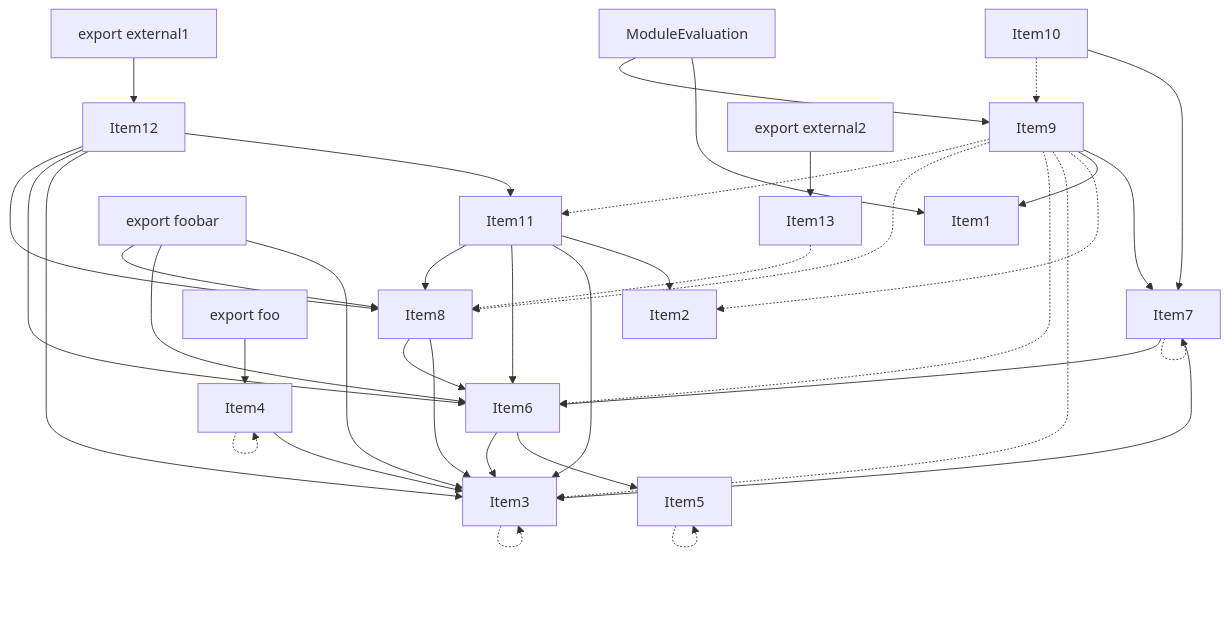
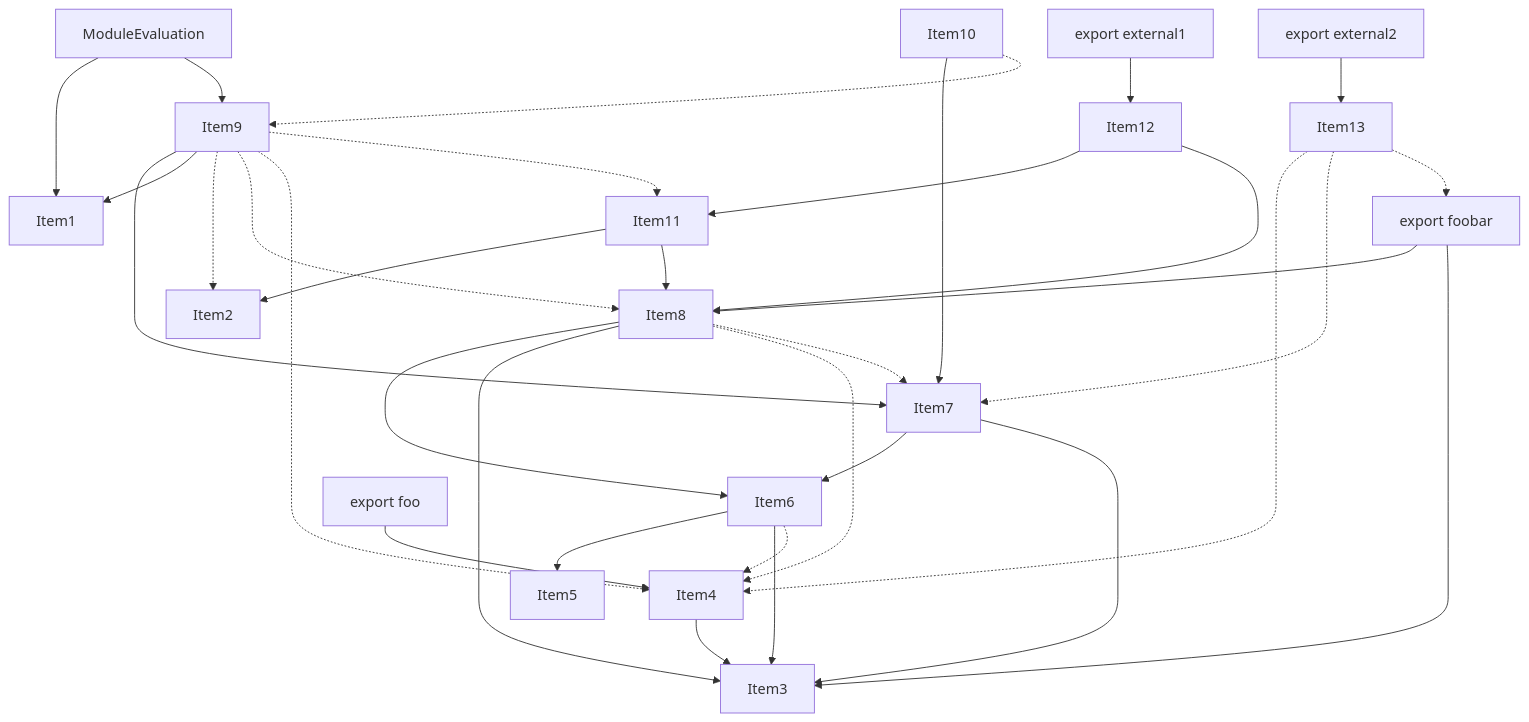
The fourth of 5 diagrams in crates/turbopack-ecmascript/tests/tree-shaker/analyzer/1/output.md (darkred/turbo), drawn with Mermaid before and after one commit. The commit also changed other lines of this file and 22 other files, not shown here.

````diff
--- a/crates/turbopack-ecmascript/tests/tree-shaker/analyzer/1/output.md
+++ b/crates/turbopack-ecmascript/tests/tree-shaker/analyzer/1/output.md
@@ -280,63 +284,58 @@
 ```mermaid
 graph TD
     Item1;
     Item2;
     Item3;
     Item4;
     Item5;
     Item6;
     Item7;
     Item8;
     Item9;
     Item10;
     Item11;
     Item12;
     Item13;
     Item14;
     Item14["ModuleEvaluation"];
     Item15;
     Item15["export foobar"];
     Item16;
     Item16["export foo"];
     Item17;
     Item17["export external1"];
     Item18;
     Item18["export external2"];
-    Item3 -.-> Item3;
     Item4 --> Item3;
-    Item4 -.-> Item4;
-    Item5 -.-> Item5;
     Item6 --> Item5;
     Item6 --> Item3;
+    Item6 -.-> Item4;
+    Item7 --> Item6;
     Item7 --> Item3;
-    Item7 --> Item6;
-    Item7 -.-> Item7;
+    Item8 --> Item6;
     Item8 --> Item3;
-    Item8 --> Item6;
+    Item8 -.-> Item4;
+    Item8 -.-> Item7;
     Item9 --> Item7;
     Item9 --> Item1;
     Item9 -.-> Item2;
-    Item9 -.-> Item3;
-    Item9 -.-> Item6;
     Item9 -.-> Item8;
+    Item9 -.-> Item4;
     Item9 -.-> Item11;
     Item10 --> Item7;
     Item10 -.-> Item9;
-    Item11 --> Item2;
-    Item11 --> Item3;
-    Item11 --> Item6;
-    Item11 --> Item8;
-    Item12 --> Item11;
-    Item12 --> Item3;
-    Item12 --> Item6;
-    Item12 --> Item8;
-    Item13 -.-> Item8;
-    Item14 --> Item1;
-    Item14 --> Item9;
+    Item15 --> Item8;
     Item15 --> Item3;
-    Item15 --> Item6;
-    Item15 --> Item8;
     Item16 --> Item4;
     Item17 --> Item12;
     Item18 --> Item13;
+    Item11 --> Item2;
+    Item11 --> Item8;
+    Item12 --> Item11;
+    Item12 --> Item8;
+    Item13 -.-> Item4;
+    Item13 -.-> Item7;
+    Item13 -.-> Item15;
+    Item14 --> Item1;
+    Item14 --> Item9;
 ```
````
